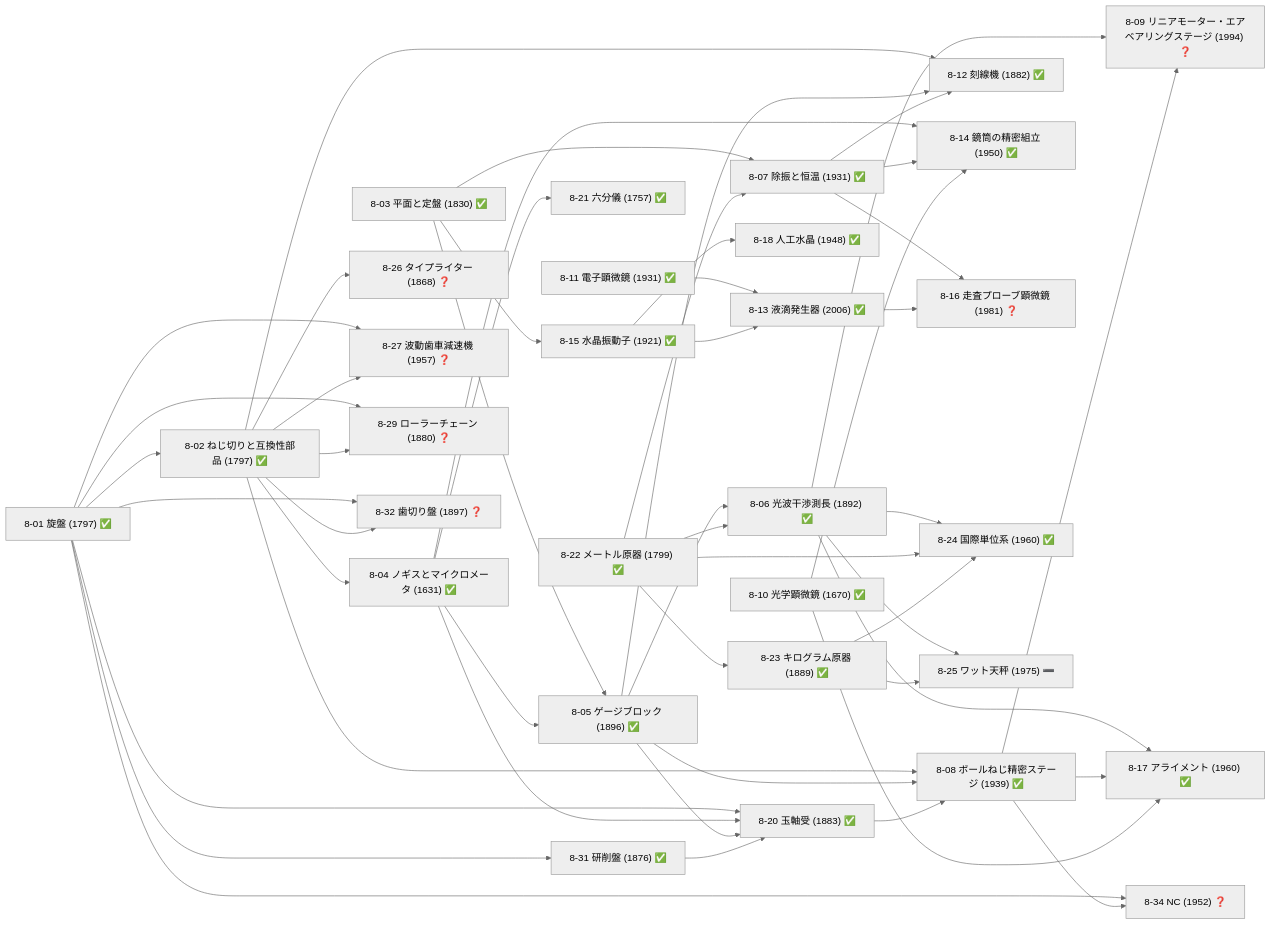
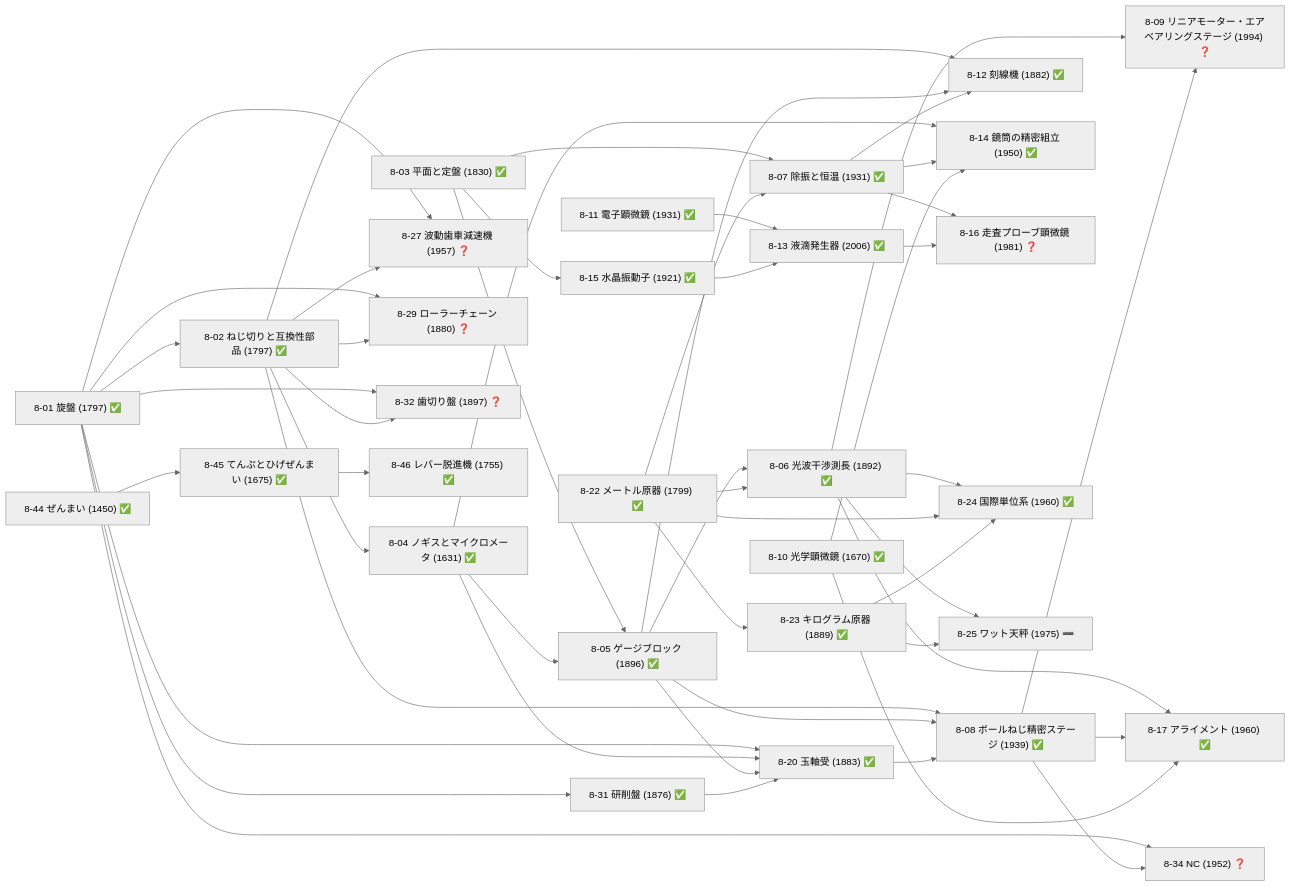
One commit to taku3i0317-collab/semiconductor-lab changed diagram 11 of 19 in docs/TECH_TREE_VIEW.md. Above: the diagram before and after it, drawn with Mermaid (neutral theme). The commit also changed other lines of this file and 3 other files, not shown here.

````diff
--- a/docs/TECH_TREE_VIEW.md
+++ b/docs/TECH_TREE_VIEW.md
@@ -596,82 +596,81 @@
 ```mermaid
 graph LR
   n8_01["8-01 旋盤 (1797) ✅"]
   n8_02["8-02 ねじ切りと互換性部品 (1797) ✅"]
   n8_03["8-03 平面と定盤 (1830) ✅"]
   n8_04["8-04 ノギスとマイクロメータ (1631) ✅"]
   n8_05["8-05 ゲージブロック (1896) ✅"]
   n8_06["8-06 光波干渉測長 (1892) ✅"]
   n8_07["8-07 除振と恒温 (1931) ✅"]
   n8_08["8-08 ボールねじ精密ステージ (1939) ✅"]
   n8_09["8-09 リニアモーター・エアベアリングステージ (1994) ❓"]
   n8_10["8-10 光学顕微鏡 (1670) ✅"]
   n8_11["8-11 電子顕微鏡 (1931) ✅"]
   n8_12["8-12 刻線機 (1882) ✅"]
   n8_13["8-13 液滴発生器 (2006) ✅"]
   n8_14["8-14 鏡筒の精密組立 (1950) ✅"]
   n8_15["8-15 水晶振動子 (1921) ✅"]
   n8_16["8-16 走査プローブ顕微鏡 (1981) ❓"]
   n8_17["8-17 アライメント (1960) ✅"]
-  n8_18["8-18 人工水晶 (1948) ✅"]
   n8_20["8-20 玉軸受 (1883) ✅"]
-  n8_21["8-21 六分儀 (1757) ✅"]
   n8_22["8-22 メートル原器 (1799) ✅"]
   n8_23["8-23 キログラム原器 (1889) ✅"]
   n8_24["8-24 国際単位系 (1960) ✅"]
   n8_25["8-25 ワット天秤 (1975) ➖"]
-  n8_26["8-26 タイプライター (1868) ❓"]
   n8_27["8-27 波動歯車減速機 (1957) ❓"]
   n8_29["8-29 ローラーチェーン (1880) ❓"]
   n8_31["8-31 研削盤 (1876) ✅"]
   n8_32["8-32 歯切り盤 (1897) ❓"]
   n8_34["8-34 NC (1952) ❓"]
+  n8_44["8-44 ぜんまい (1450) ✅"]
+  n8_45["8-45 てんぷとひげぜんまい (1675) ✅"]
+  n8_46["8-46 レバー脱進機 (1755) ✅"]
   n8_01-->n8_02
   n8_02-->n8_04
   n8_03-->n8_05
   n8_04-->n8_05
   n8_05-->n8_06
   n8_22-->n8_06
   n8_03-->n8_07
   n8_22-->n8_07
   n8_02-->n8_08
   n8_05-->n8_08
   n8_20-->n8_08
   n8_06-->n8_09
   n8_08-->n8_09
   n8_02-->n8_12
   n8_05-->n8_12
   n8_07-->n8_12
   n8_11-->n8_13
   n8_15-->n8_13
   n8_04-->n8_14
   n8_07-->n8_14
   n8_10-->n8_14
   n8_03-->n8_15
   n8_07-->n8_16
   n8_13-->n8_16
   n8_06-->n8_17
   n8_08-->n8_17
   n8_10-->n8_17
-  n8_15-->n8_18
   n8_01-->n8_20
   n8_04-->n8_20
   n8_05-->n8_20
   n8_31-->n8_20
-  n8_04-->n8_21
   n8_22-->n8_23
   n8_06-->n8_24
   n8_22-->n8_24
   n8_23-->n8_24
   n8_06-->n8_25
   n8_23-->n8_25
-  n8_02-->n8_26
   n8_01-->n8_27
   n8_02-->n8_27
   n8_01-->n8_29
   n8_02-->n8_29
   n8_01-->n8_31
   n8_01-->n8_32
   n8_02-->n8_32
   n8_01-->n8_34
   n8_08-->n8_34
+  n8_44-->n8_45
+  n8_45-->n8_46
 ```
````
